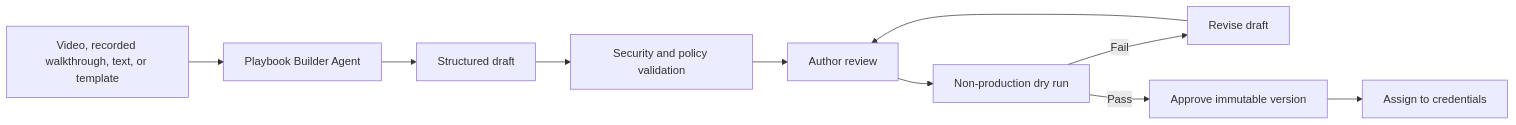
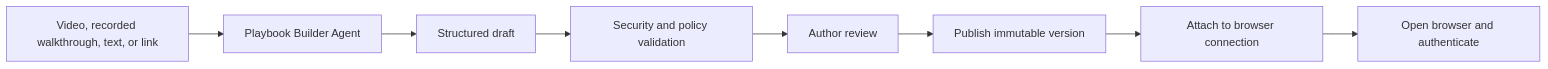
Before and after one commit to chigozzdevv/uumi: the first of 4 diagrams in firekey.md, drawn with Mermaid. The commit also changed other lines of this file and 15 other files, not shown here.

````diff
--- a/firekey.md
+++ b/firekey.md
@@ -543,12 +526,10 @@
 ```mermaid
 flowchart LR
-    A["Video, recorded walkthrough, text, or template"] --> B["Playbook Builder Agent"]
+    A["Video, recorded walkthrough, text, or link"] --> B["Playbook Builder Agent"]
     B --> C["Structured draft"]
     C --> D["Security and policy validation"]
     D --> E["Author review"]
-    E --> F["Non-production dry run"]
-    F -->|"Fail"| G["Revise draft"]
-    G --> E
-    F -->|"Pass"| H["Approve immutable version"]
-    H --> I["Assign to credentials"]
+    E --> F["Publish immutable version"]
+    F --> G["Attach to browser connection"]
+    G --> H["Open browser and authenticate"]
 ```
````
